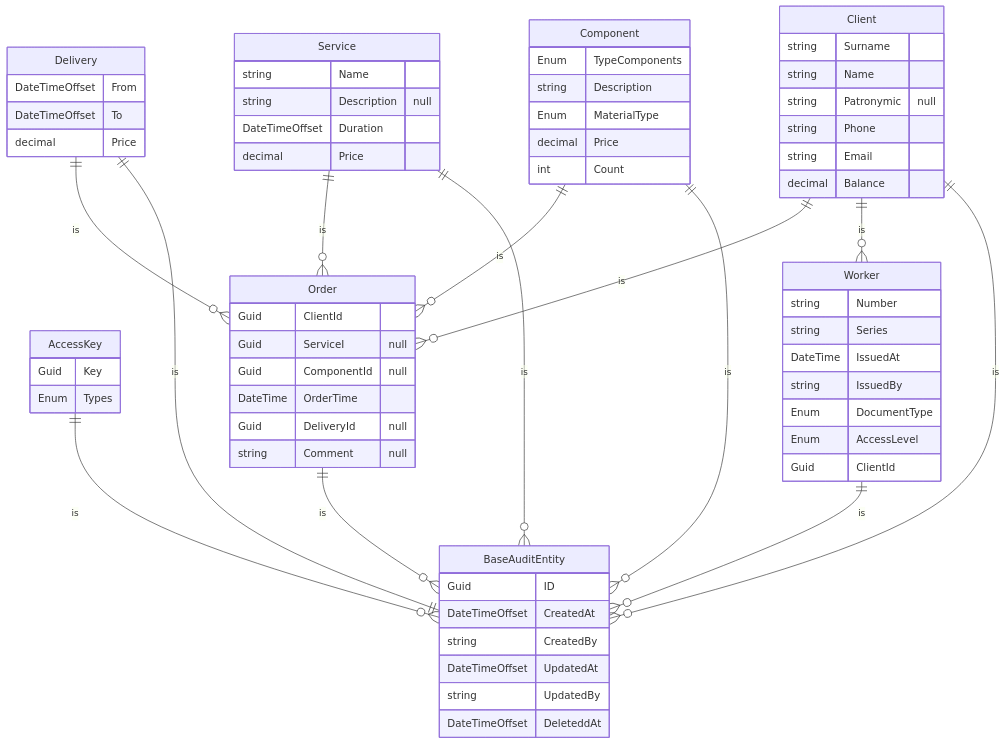
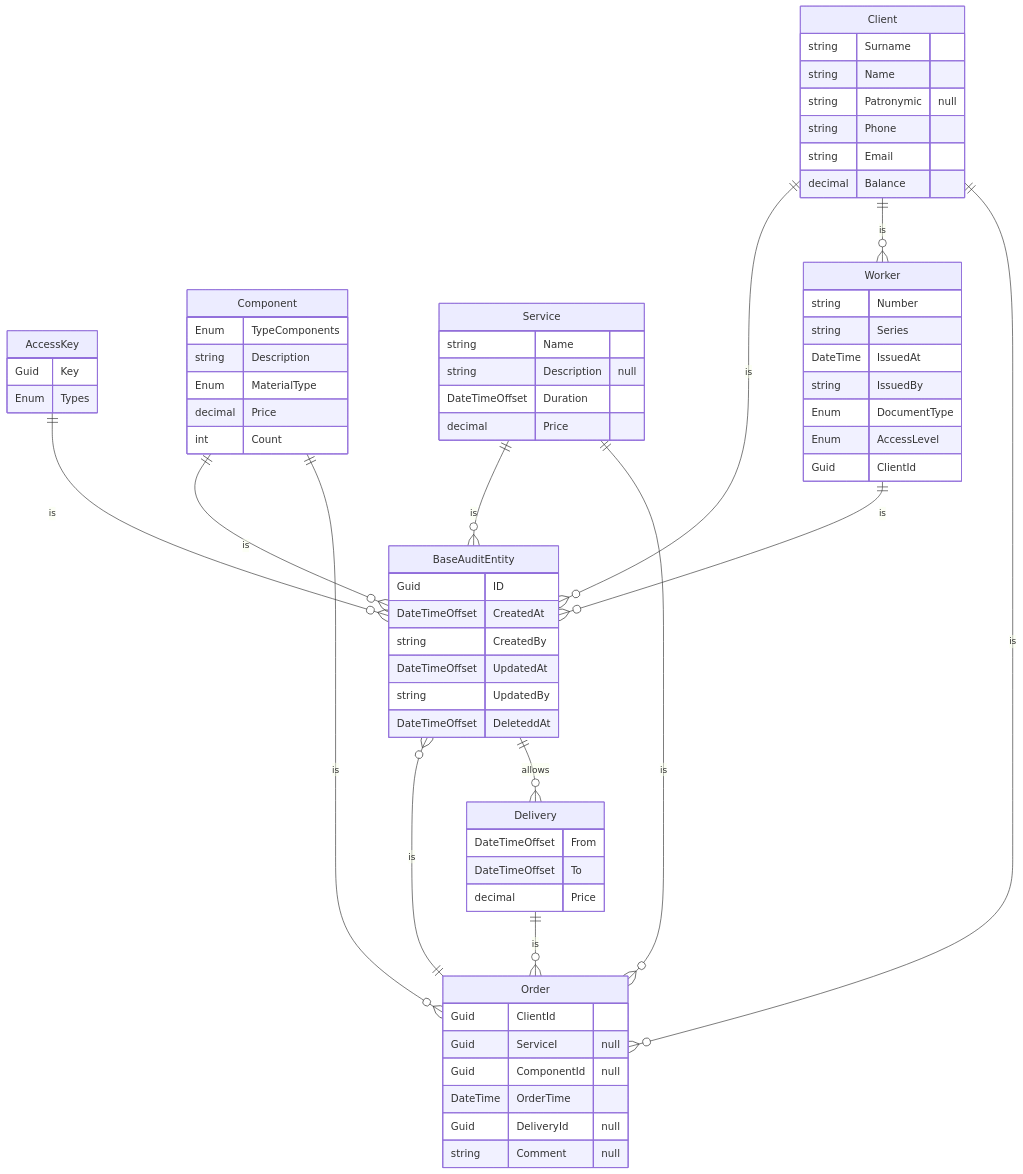
One commit to SlavaNik16/Accessories_PC_Nik_Api changed the diagram in README.md. Above: the diagram before and after it, drawn with Mermaid.

````diff
--- a/README.md
+++ b/README.md
@@ -5,77 +5,77 @@
 ```mermaid
 erDiagram
 
     BaseAuditEntity {
         Guid ID
         DateTimeOffset CreatedAt
         string CreatedBy
         DateTimeOffset UpdatedAt
         string UpdatedBy
         DateTimeOffset DeleteddAt
     }
 
     AccessKey {
         Guid Key
         Enum Types
     }
 
     Client {
         string Surname
         string Name
         string Patronymic "null"
         string Phone
         string Email
         decimal Balance
     }
 
     Component {
         Enum TypeComponents
         string Description
         Enum MaterialType
         decimal Price
         int Count
     }
 
      Delivery {
         DateTimeOffset From
         DateTimeOffset To
         decimal Price
     }
 
     Order {
         Guid ClientId
         Guid ServiceI "null"
         Guid ComponentId "null"
         DateTime OrderTime
         Guid DeliveryId "null"
         string Comment "null"
     }
     Service {
         string Name
         string Description "null"
         DateTimeOffset Duration
         decimal Price
     }
     Worker {
         string Number
         string Series
         DateTime IssuedAt
         string IssuedBy
         Enum DocumentType
         Enum AccessLevel
         Guid ClientId
     }
     Delivery ||--o{ Order: is
     Service ||--o{ Order: is
     Component ||--o{ Order: is
     Client ||--o{ Order: is
     Client ||--o{ Worker: is
 
-    Delivery ||--|| BaseAuditEntity: is
+    BaseAuditEntity ||--o{ Delivery: allows
     Service ||--o{ BaseAuditEntity: is
     Component ||--o{ BaseAuditEntity: is
     Worker ||--o{ BaseAuditEntity: is
     Order ||--o{ BaseAuditEntity: is
     AccessKey ||--o{ BaseAuditEntity: is
     Client ||--o{ BaseAuditEntity: is
  ```
````
